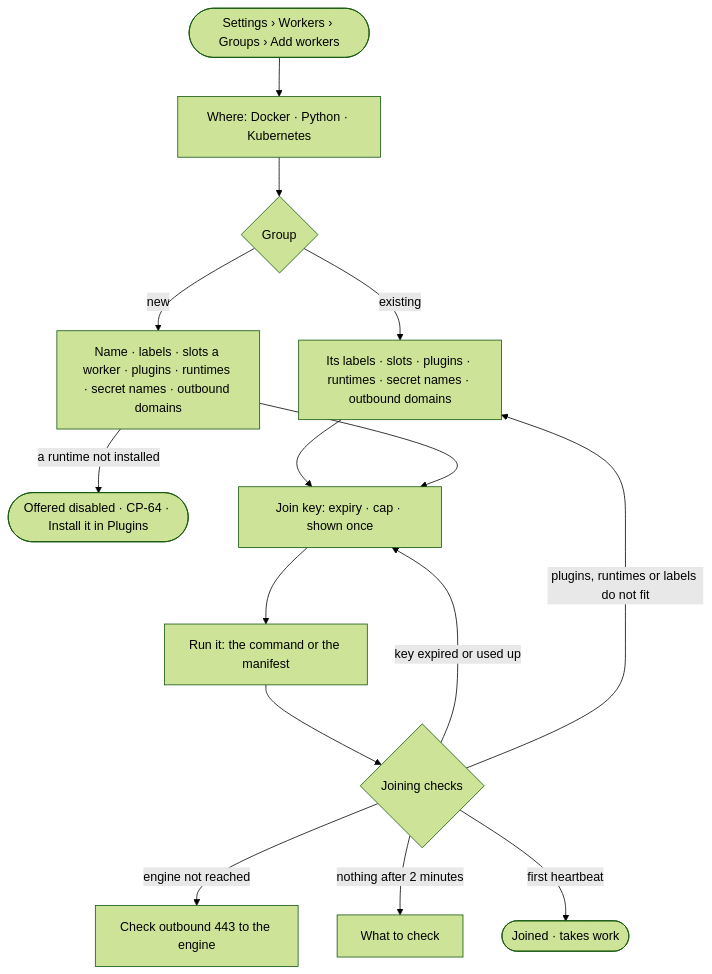
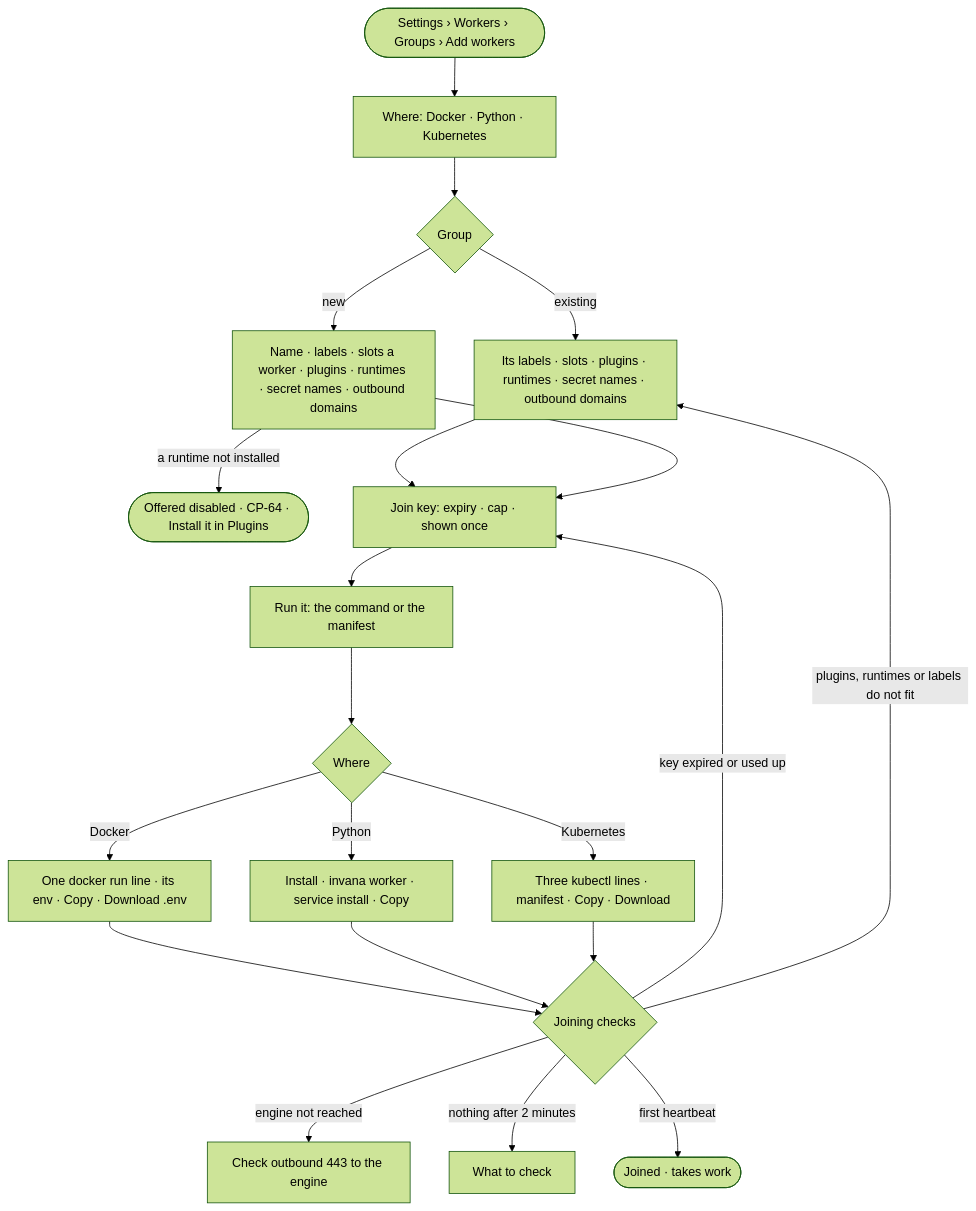
Before and after one commit to invana/invana: the diagram in specs/os/control/features/CP-F03-workers-and-the-queue/stories/CP-10-add-workers-on-my-own-machines-with-one-command/story.md, drawn with Mermaid (forest theme). The commit also changed other lines of this file and 6 other files, not shown here.

Commit message:
wip(platform-design-2): P04 · step 1 — fleet chart and events, add-workers run steps, IAM extensions

````diff
--- a/specs/os/control/features/CP-F03-workers-and-the-queue/stories/CP-10-add-workers-on-my-own-machines-with-one-command/story.md
+++ b/specs/os/control/features/CP-F03-workers-and-the-queue/stories/CP-10-add-workers-on-my-own-machines-with-one-command/story.md
@@ -27,17 +27,23 @@
 ```mermaid
 flowchart TD
   s([Settings › Workers › Groups › Add workers]) --> wh["Where: Docker · Python · Kubernetes"]
   wh --> g{"Group"}
   g -->|existing| ge["Its labels · slots · plugins · runtimes · secret names · outbound domains"]
   g -->|new| gn["Name · labels · slots a worker · plugins · runtimes · secret names · outbound domains"]
   gn -->|a runtime not installed| ri(["Offered disabled · CP-64 · Install it in Plugins"])
   ge --> k["Join key: expiry · cap · shown once"]
   gn --> k
   k --> run["Run it: the command or the manifest"]
-  run --> chk{"Joining checks"}
+  run --> rr{"Where"}
+  rr -->|Docker| rd["One docker run line · its env · Copy · Download .env"]
+  rr -->|Python| rp["Install · invana worker · service install · Copy"]
+  rr -->|Kubernetes| rk["Three kubectl lines · manifest · Copy · Download"]
+  rd --> chk
+  rp --> chk
+  rk --> chk{"Joining checks"}
   chk -->|key expired or used up| k
   chk -->|engine not reached| net["Check outbound 443 to the engine"]
   chk -->|plugins, runtimes or labels do not fit| ge
   chk -->|nothing after 2 minutes| cl["What to check"]
   chk -->|first heartbeat| j(["Joined · takes work"])
 ```
````
